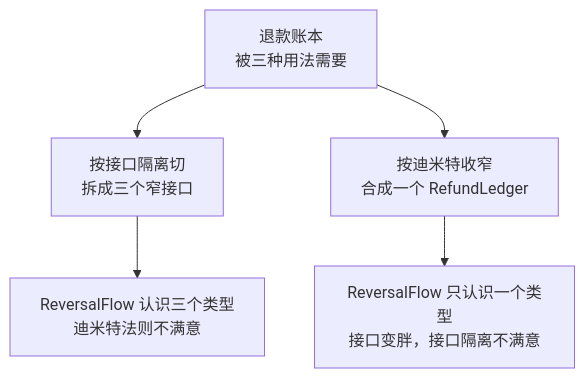
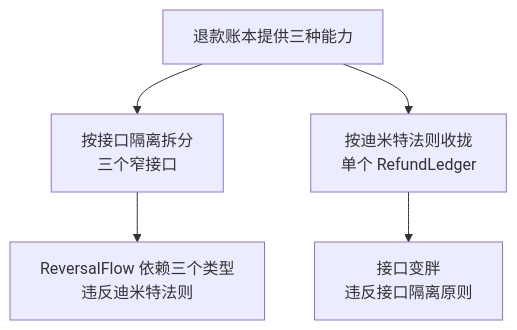
Before and after one commit to ffzz/blog: the diagram in src/content/notes/zh/programming-taste-in-the-agent-era.md, drawn with Mermaid. The commit also changed other lines of this file and 3 other files, not shown here.

````diff
--- a/src/content/notes/zh/programming-taste-in-the-agent-era.md
+++ b/src/content/notes/zh/programming-taste-in-the-agent-era.md
@@ -102,7 +82,7 @@
 ```mermaid
 flowchart TB
-    A["退款账本<br/>被三种用法需要"] --> B["按接口隔离切<br/>拆成三个窄接口"]
-    A --> C["按迪米特收窄<br/>合成一个 RefundLedger"]
-    B --> D["ReversalFlow 认识三个类型<br/>迪米特法则不满意"]
-    C --> E["ReversalFlow 只认识一个类型<br/>接口变胖，接口隔离不满意"]
+    A["退款账本提供三种能力"] --> B["按接口隔离拆分<br/>三个窄接口"]
+    A --> C["按迪米特法则收拢<br/>单个 RefundLedger"]
+    B --> D["ReversalFlow 依赖三个类型<br/>违反迪米特法则"]
+    C --> E["接口变胖<br/>违反接口隔离原则"]
 ```
````
